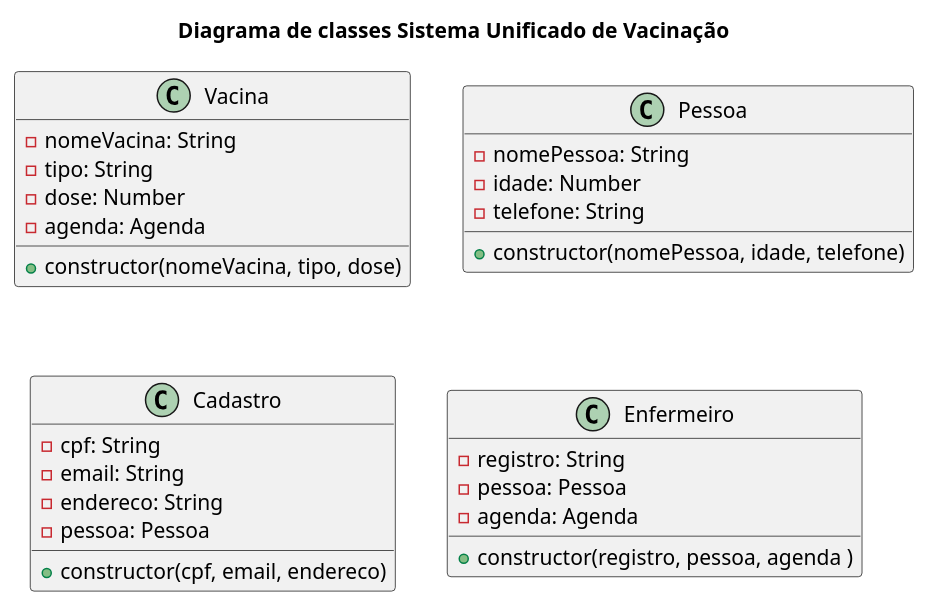
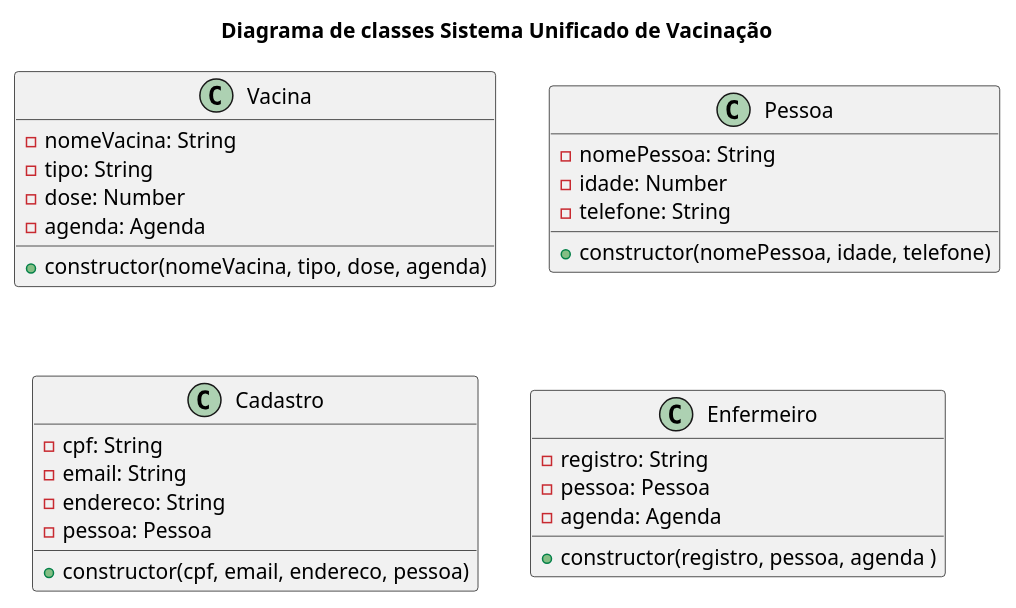
Before and after one commit to anleaes/2022-1-N2-POO-01: the diagram in diagrama_classe.plantuml, drawn with PlantUML.

Commit message:
alteração no diagrama de Vacina e cadastro

```diff
--- a/diagrama_classe.plantuml
+++ b/diagrama_classe.plantuml
@@ -1,36 +1,36 @@
 @startuml
 
 title Diagrama de classes Sistema Unificado de Vacinação
 
 Class Vacina{
     - nomeVacina: String
     - tipo: String
     - dose: Number
     - agenda: Agenda
-    + constructor(nomeVacina, tipo, dose)
+    + constructor(nomeVacina, tipo, dose, agenda)
 }
 
 class Pessoa{
     - nomePessoa: String
     - idade: Number
     - telefone: String
     + constructor(nomePessoa, idade, telefone)
 }
 
 class Cadastro {
     - cpf: String
     - email: String
     - endereco: String
     - pessoa: Pessoa
-    + constructor(cpf, email, endereco)
+    + constructor(cpf, email, endereco, pessoa)
 }
 
 class Enfermeiro {
     - registro: String
     - pessoa: Pessoa
     - agenda: Agenda
     + constructor(registro, pessoa, agenda )
 }
 
 
 @enduml
```
